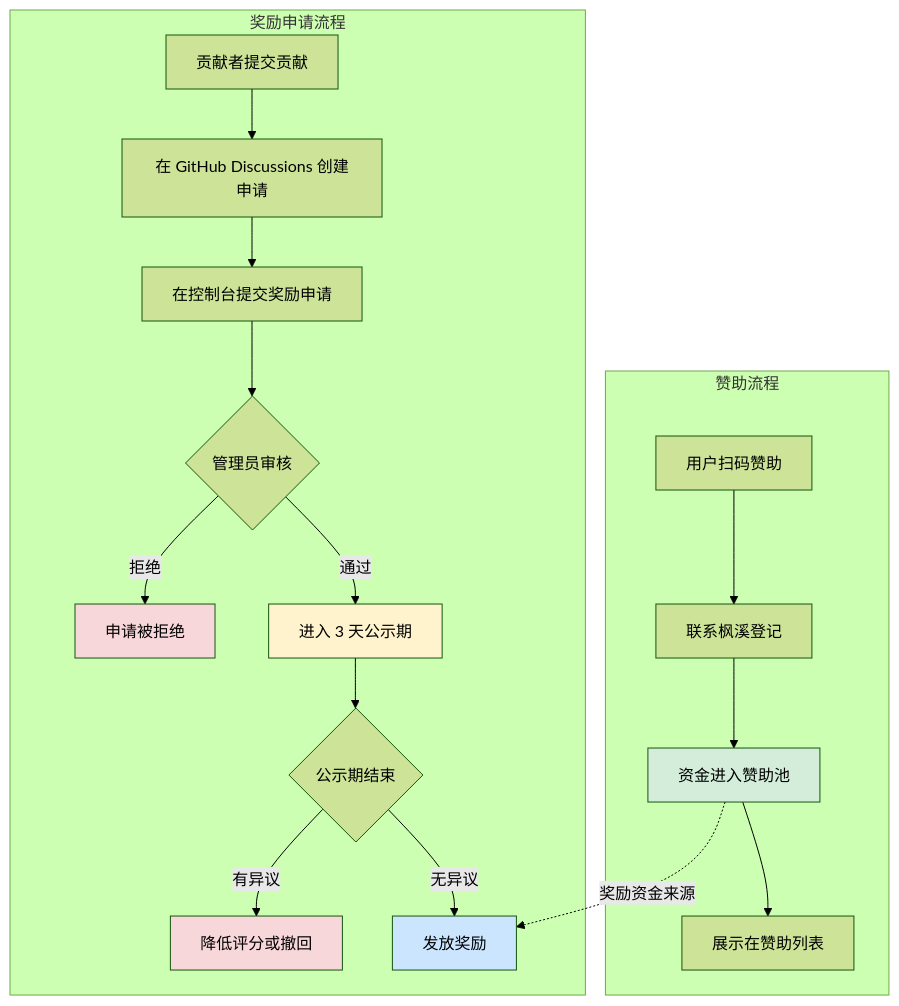
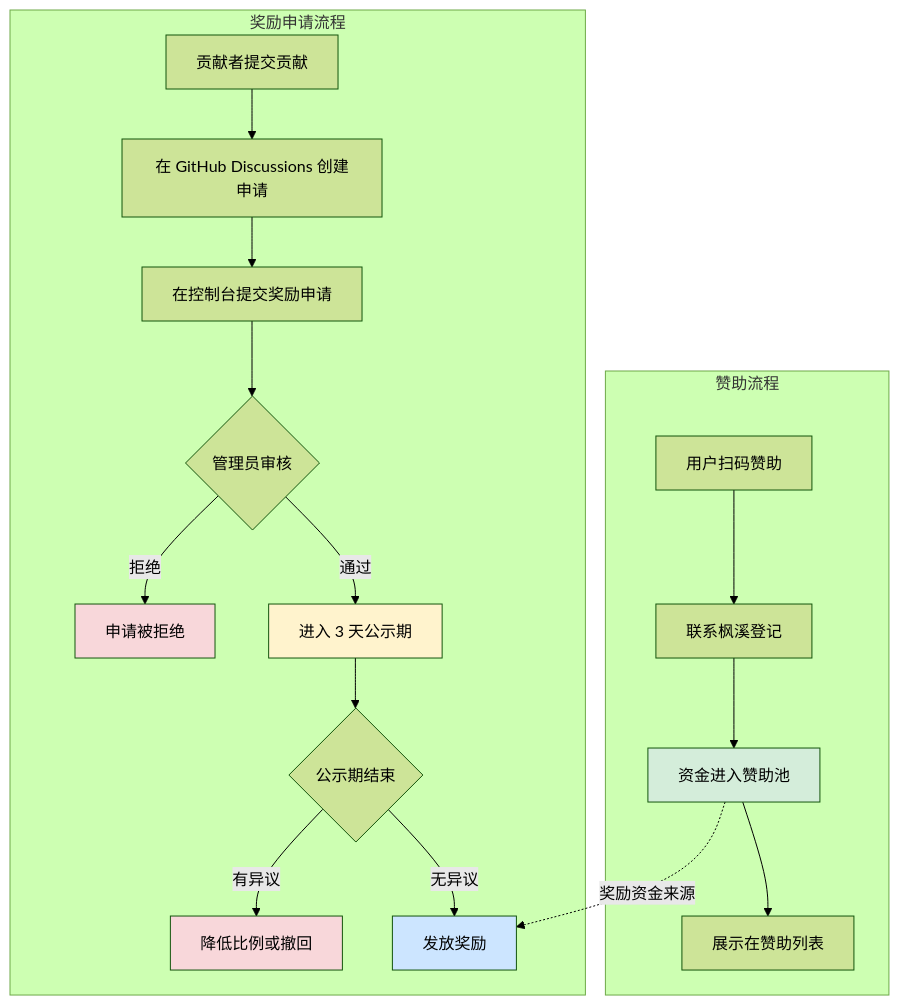
The diagram in src/pages/sponsor.mdx (FxRayHughes/taboowiki), drawn with Mermaid (forest theme) before and after one commit. The commit also changed other lines of this file and 5 other files, not shown here.

````diff
--- a/src/pages/sponsor.mdx
+++ b/src/pages/sponsor.mdx
@@ -52,27 +52,27 @@
 ```mermaid
 graph TB
     subgraph 赞助流程
         A1[用户扫码赞助] --> A2[联系枫溪登记]
         A2 --> A3[资金进入赞助池]
         A3 --> A4[展示在赞助列表]
     end
 
     subgraph 奖励申请流程
         B1[贡献者提交贡献] --> B2[在 GitHub Discussions 创建申请]
         B2 --> B3[在控制台提交奖励申请]
         B3 --> B4{管理员审核}
         B4 -->|通过| B5[进入 3 天公示期]
         B4 -->|拒绝| B6[申请被拒绝]
         B5 --> B7{公示期结束}
         B7 -->|无异议| B8[发放奖励]
-        B7 -->|有异议| B9[降低评分或撤回]
+        B7 -->|有异议| B9[降低比例或撤回]
     end
 
     A3 -.奖励资金来源.-> B8
 
     style A3 fill:#d4edda,color:#000000
     style B5 fill:#fff3cd,color:#000000
     style B8 fill:#cce5ff,color:#000000
     style B6 fill:#f8d7da,color:#000000
     style B9 fill:#f8d7da,color:#000000
 ```
````
